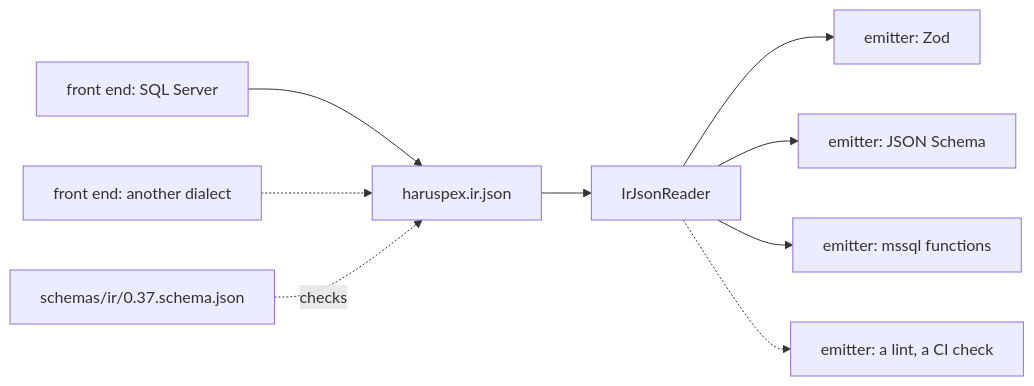
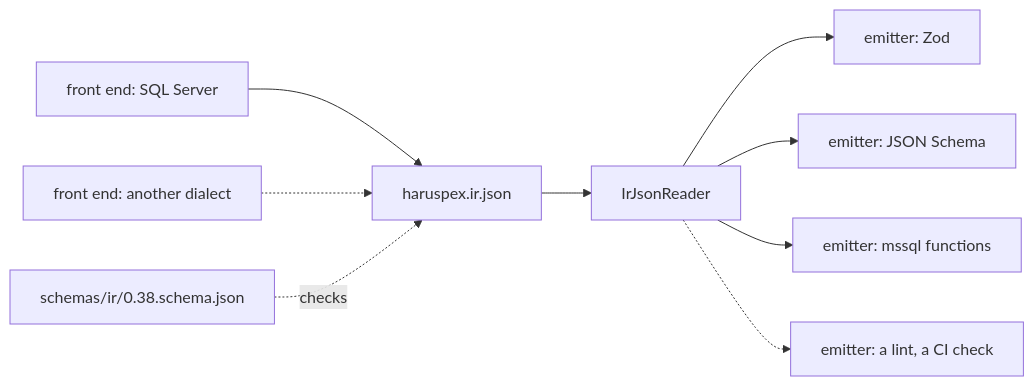
One commit to haruspex-tools/haruspex changed the diagram in docs/internals/10-the-ir-as-a-contract.md. Above: the diagram before and after it, drawn with Mermaid. The commit also changed other lines of this file and 35 other files, not shown here.

````diff
--- a/docs/internals/10-the-ir-as-a-contract.md
+++ b/docs/internals/10-the-ir-as-a-contract.md
@@ -27,11 +27,11 @@
 ```mermaid
 flowchart LR
     tsql["front end: SQL Server"] --> file["haruspex.ir.json"]
     pg["front end: another dialect"] -.-> file
     file --> reader["IrJsonReader"]
     reader --> zod["emitter: Zod"]
     reader --> jsonSchema["emitter: JSON Schema"]
     reader --> mssql["emitter: mssql functions"]
     reader -.-> other["emitter: a lint, a CI check"]
-    schema["schemas/ir/0.37.schema.json"] -.->|checks| file
+    schema["schemas/ir/0.38.schema.json"] -.->|checks| file
 ```
````
